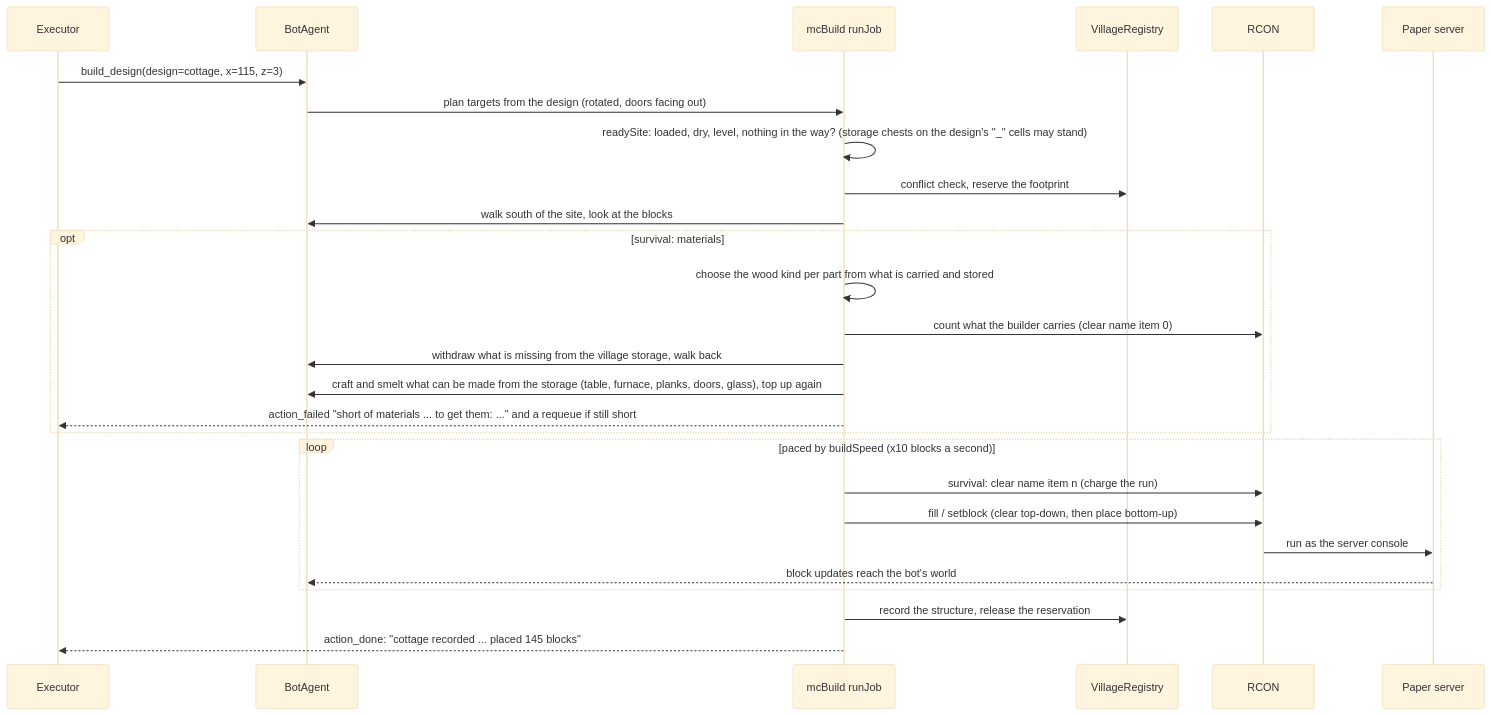
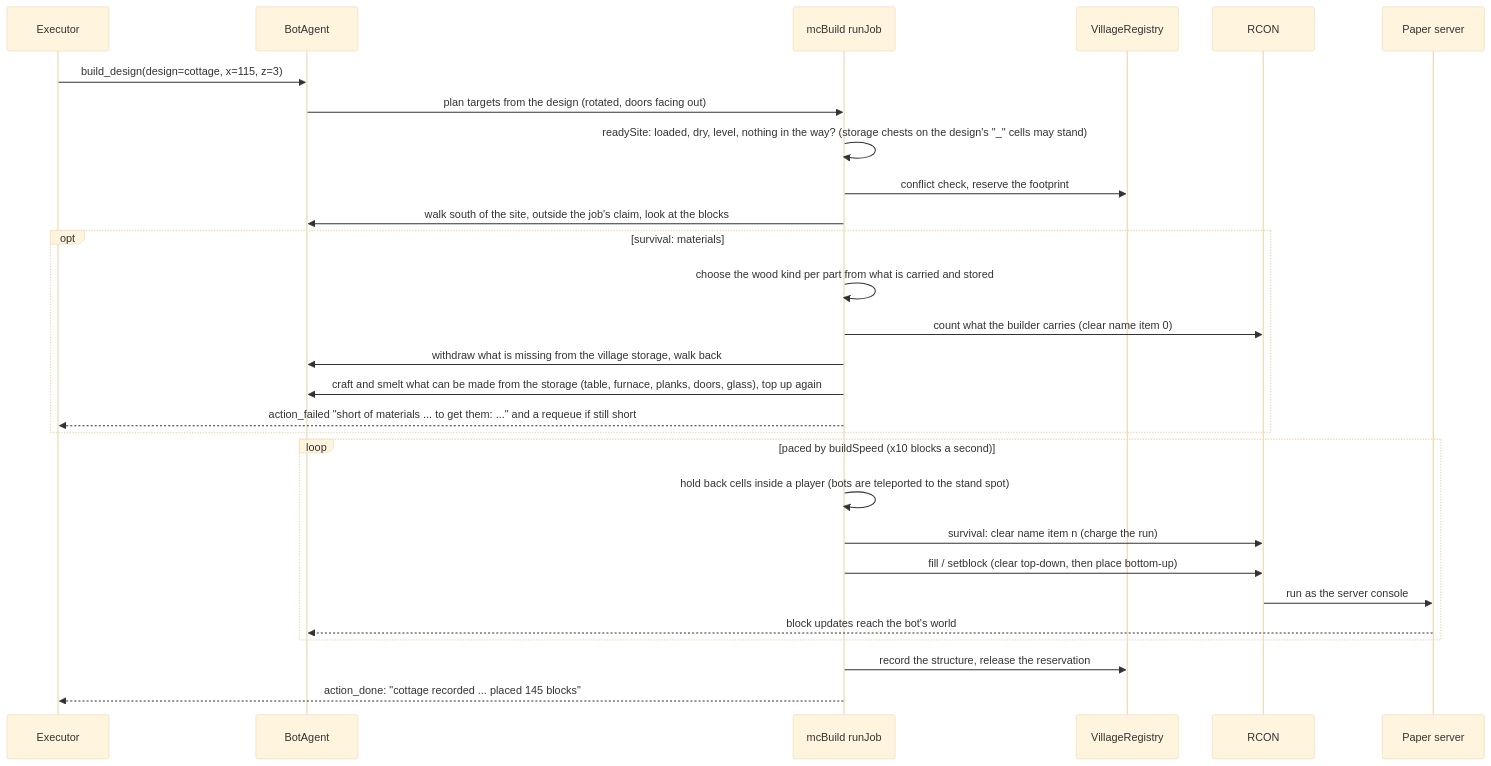
One commit to delphium226/MCAISandbox changed the eighth of 13 diagrams in docs/ARCHITECTURE.md. Above: the diagram before and after it, drawn with Mermaid (base theme). The commit also changed other lines of this file and 3 other files, not shown here.

````diff
--- a/docs/ARCHITECTURE.md
+++ b/docs/ARCHITECTURE.md
@@ -371,29 +371,30 @@
 ```mermaid
 sequenceDiagram
   participant E as Executor
   participant B as BotAgent
   participant J as mcBuild runJob
   participant V as VillageRegistry
   participant R as RCON
   participant P as Paper server
   E->>B: build_design(design=cottage, x=115, z=3)
   B->>J: plan targets from the design (rotated, doors facing out)
   J->>J: readySite: loaded, dry, level, nothing in the way? (storage chests on the design's "_" cells may stand)
   J->>V: conflict check, reserve the footprint
-  J->>B: walk south of the site, look at the blocks
+  J->>B: walk south of the site, outside the job's claim, look at the blocks
   opt survival: materials
     J->>J: choose the wood kind per part from what is carried and stored
     J->>R: count what the builder carries (clear name item 0)
     J->>B: withdraw what is missing from the village storage, walk back
     J->>B: craft and smelt what can be made from the storage (table, furnace, planks, doors, glass), top up again
     J-->>E: action_failed "short of materials ... to get them: ..." and a requeue if still short
   end
   loop paced by buildSpeed (x10 blocks a second)
+    J->>J: hold back cells inside a player (bots are teleported to the stand spot)
     J->>R: survival: clear name item n (charge the run)
     J->>R: fill / setblock (clear top-down, then place bottom-up)
     R->>P: run as the server console
     P-->>B: block updates reach the bot's world
   end
   J->>V: record the structure, release the reservation
   J-->>E: action_done: "cottage recorded ... placed 145 blocks"
 ```
````
